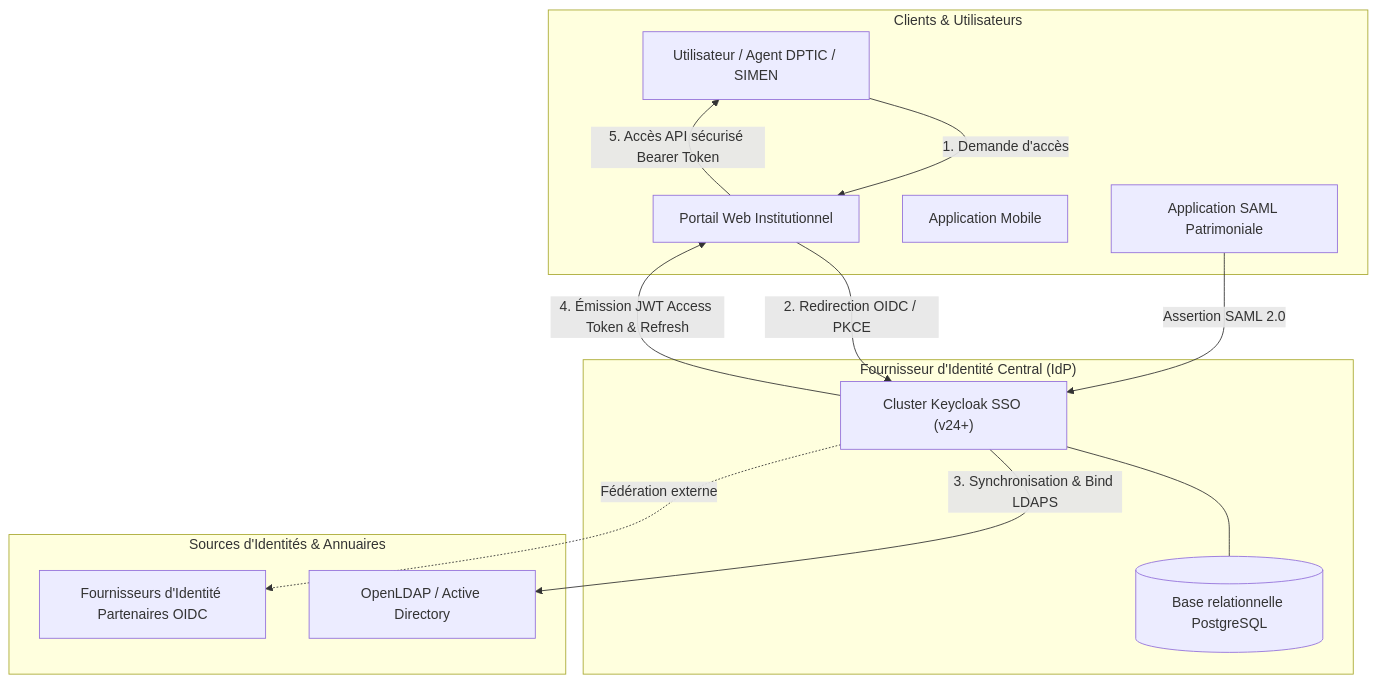
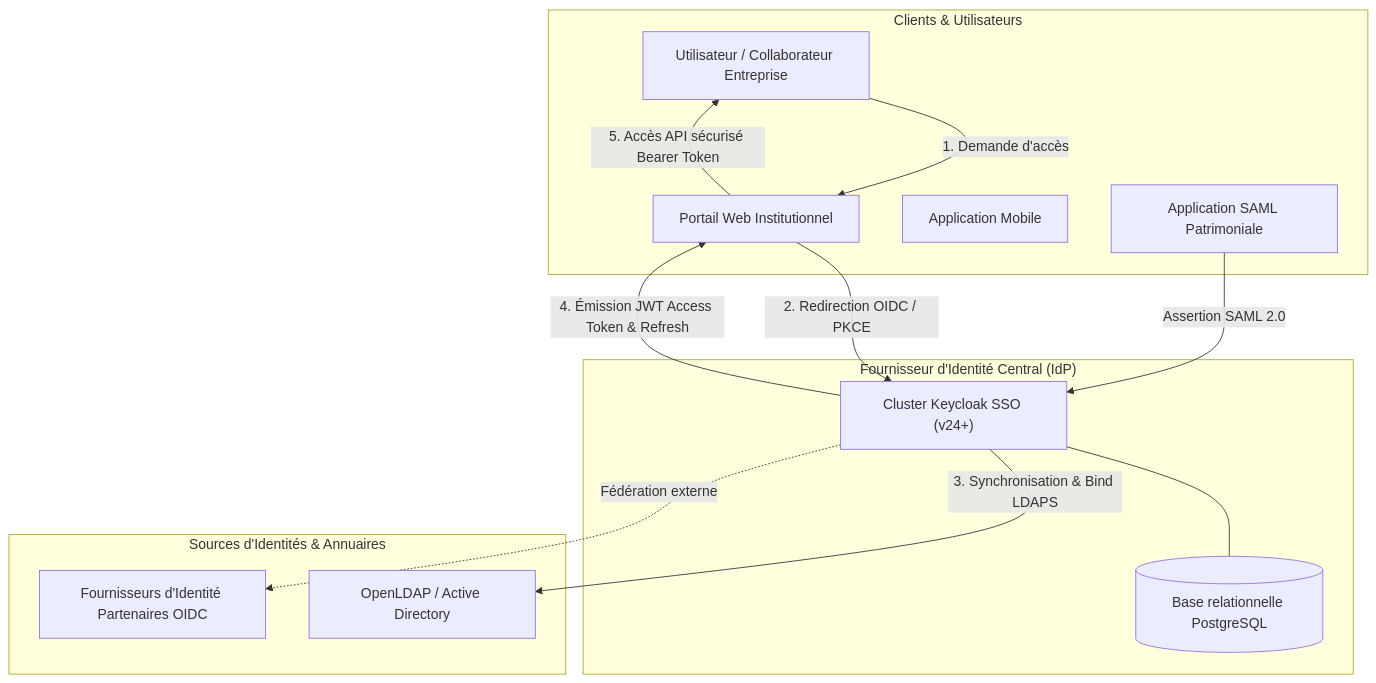
The diagram in 01-SSO-Federation-Keycloak/README.md (Jiraya931/Professionnel), drawn with Mermaid before and after one commit. The commit also changed other lines of this file and 5 other files, not shown here.

````diff
--- a/01-SSO-Federation-Keycloak/README.md
+++ b/01-SSO-Federation-Keycloak/README.md
@@ -24,28 +24,28 @@
 ```mermaid
 graph TD
     subgraph Clients & Utilisateurs
-        U1[Utilisateur / Agent DPTIC / SIMEN]
+        U1[Utilisateur / Collaborateur Entreprise]
         AppWeb[Portail Web Institutionnel]
         AppMobile[Application Mobile]
         AppLegacy[Application SAML Patrimoniale]
     end
 
     subgraph "Fournisseur d'Identité Central (IdP)"
         KC["Cluster Keycloak SSO (v24+)"]
         PG[(Base relationnelle PostgreSQL)]
         KC --- PG
     end
 
     subgraph "Sources d'Identités & Annuaires"
         LDAP[OpenLDAP / Active Directory]
         ExtIdP[Fournisseurs d'Identité Partenaires OIDC]
     end
 
     U1 -->|1. Demande d'accès| AppWeb
     AppWeb -->|2. Redirection OIDC / PKCE| KC
     AppLegacy -->|Assertion SAML 2.0| KC
     KC -->|3. Synchronisation & Bind LDAPS| LDAP
     KC -.->|Fédération externe| ExtIdP
     KC -->|4. Émission JWT Access Token & Refresh| AppWeb
     AppWeb -->|5. Accès API sécurisé Bearer Token| U1
 ```
````
